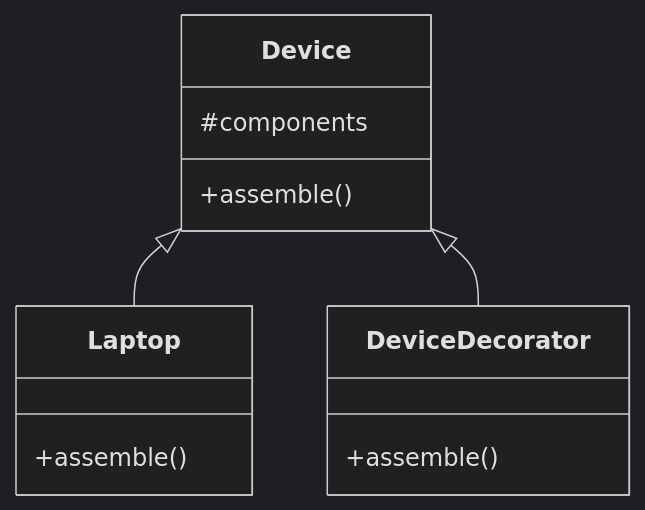
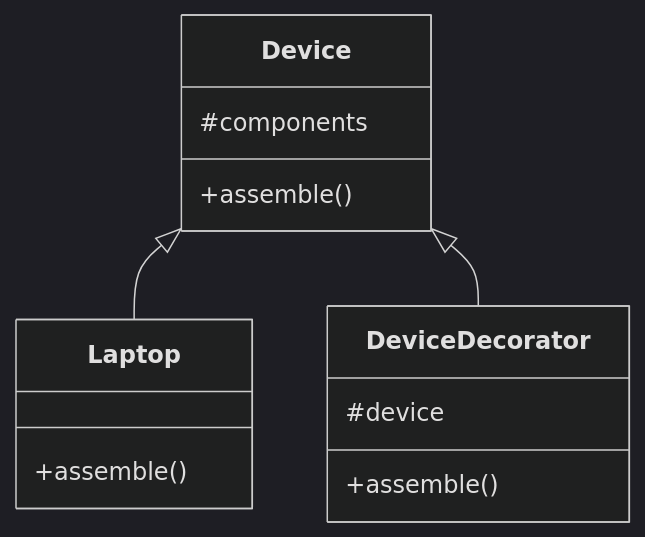
Before and after one commit to fppuma/java-decorator: the diagram in README.md, drawn with Mermaid (dark theme).

Commit message:
class diagram

````diff
--- a/README.md
+++ b/README.md
@@ -5,13 +5,14 @@
 ```mermaid
 classDiagram
-     Device <|-- Laptop
-     Device <|-- DeviceDecorator
-     Device : #components
-     Device : +assemble()
-     class Laptop {
-         +assemble()
-     }
-     class DeviceDecorator {
-         +assemble()
-     }
+  Device <|-- Laptop
+  Device <|-- DeviceDecorator
+  Device : #components
+  Device : +assemble()
+  class Laptop {
+    +assemble()
+  }
+  class DeviceDecorator {
+    #device
+    +assemble()
+  }
 ```
````
